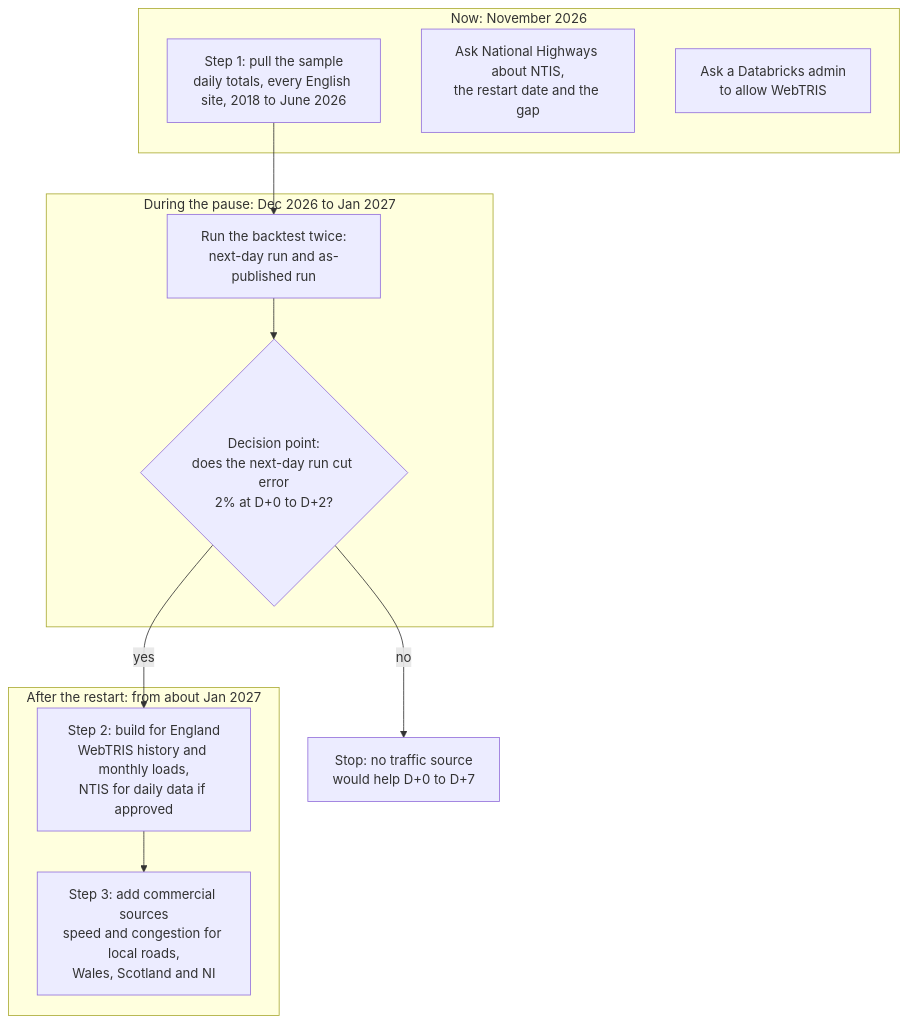
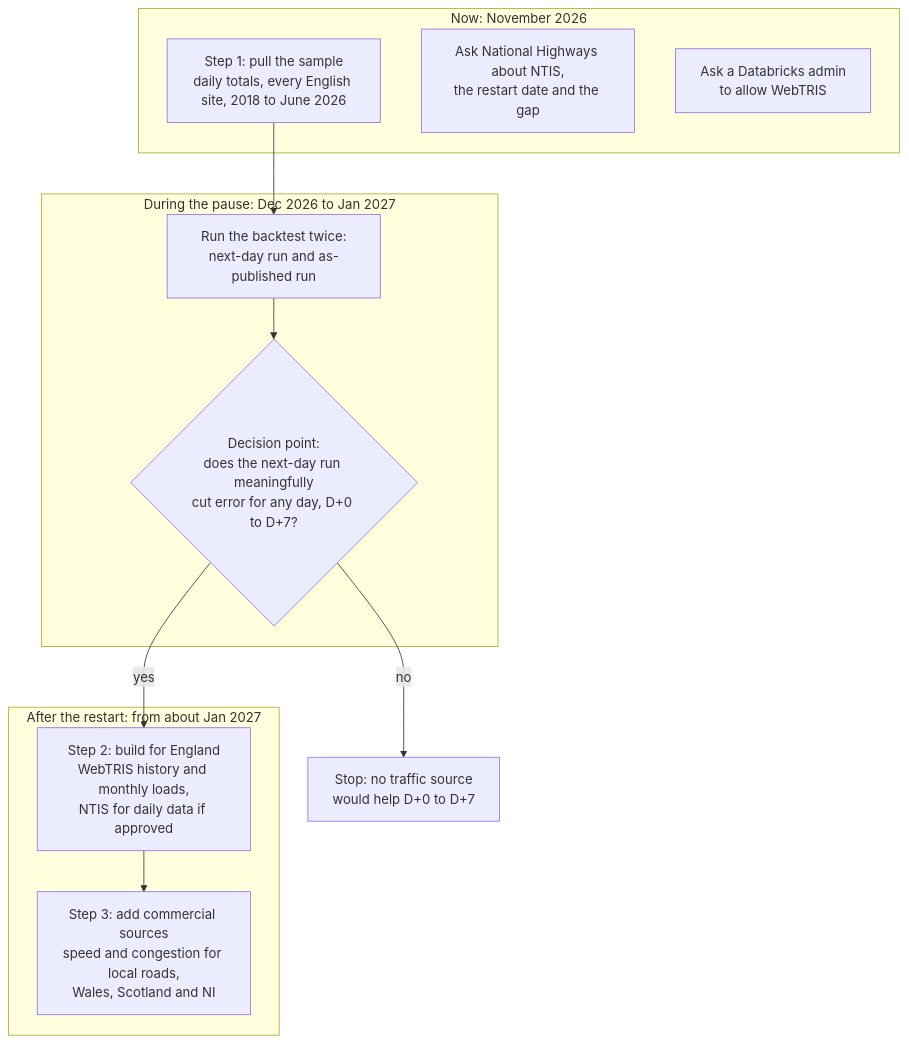
The diagram in docs/traffic_busyness_report.md (Joehmyers/traffic-analysis), drawn with Mermaid before and after one commit. The commit also changed other lines of this file and 2 other files, not shown here.

First line of the commit message:
Make the value test's pass mark a meaningful cut at any of D+0 to D+7

````diff
--- a/docs/traffic_busyness_report.md
+++ b/docs/traffic_busyness_report.md
@@ -204,20 +204,20 @@
 ```mermaid
 flowchart TD
     subgraph now["Now: November 2026"]
         s1["Step 1: pull the sample<br/>daily totals, every English site, 2018 to June 2026"]
         ntis["Ask National Highways about NTIS,<br/>the restart date and the gap"]
         admin["Ask a Databricks admin<br/>to allow WebTRIS"]
     end
     subgraph pause["During the pause: Dec 2026 to Jan 2027"]
         bt["Run the backtest twice:<br/>next-day run and as-published run"]
-        gate{"Decision point:<br/>does the next-day run cut error<br/>2% at D+0 to D+2?"}
+        gate{"Decision point:<br/>does the next-day run meaningfully<br/>cut error for any day, D+0 to D+7?"}
     end
     stop["Stop: no traffic source<br/>would help D+0 to D+7"]
     subgraph after["After the restart: from about Jan 2027"]
         s2["Step 2: build for England<br/>WebTRIS history and monthly loads,<br/>NTIS for daily data if approved"]
         s3["Step 3: add commercial sources<br/>speed and congestion for local roads,<br/>Wales, Scotland and NI"]
     end
     s1 --> bt --> gate
     gate -- no --> stop
     gate -- yes --> s2 --> s3
 ```
````
